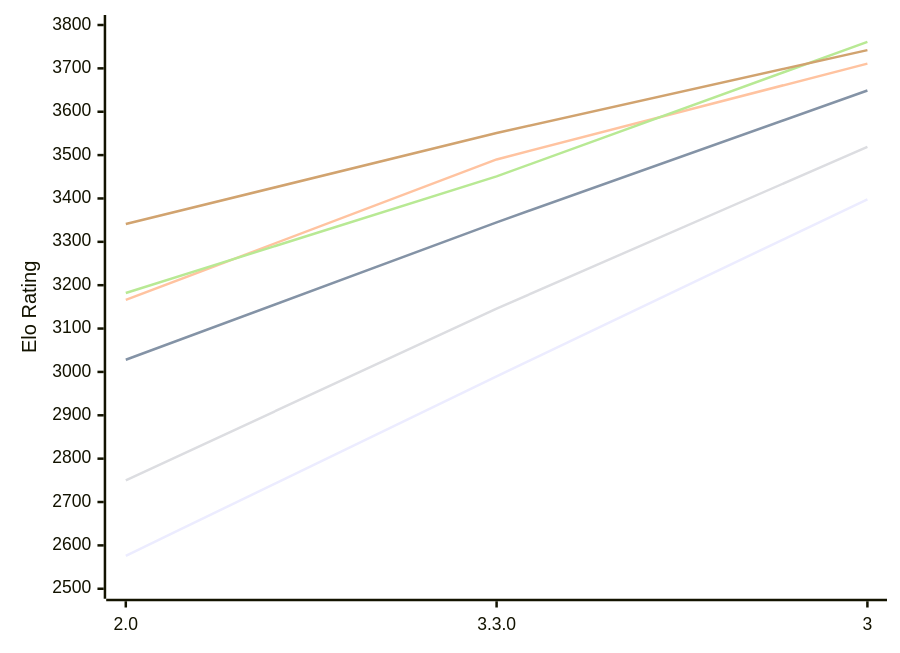
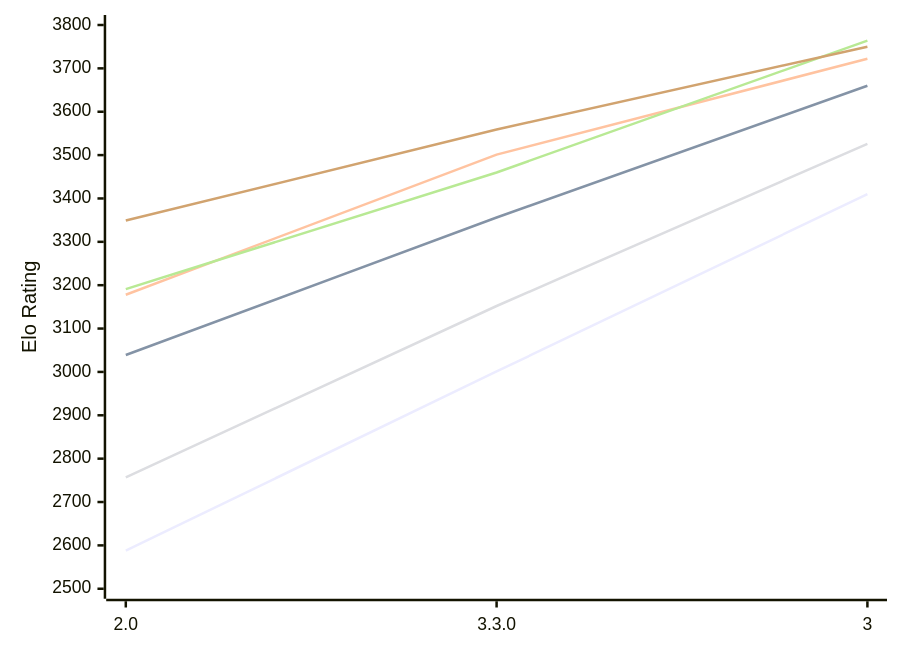
The diagram in engines/Ravager.md (computer-chess-index/cci), drawn with Mermaid before and after one commit. The commit also changed other lines of this file, not shown here.

Commit message:
Update CCI Ratings (ELO VLTC) - 2026-10-25

````diff
--- a/engines/Ravager.md
+++ b/engines/Ravager.md
@@ -51,12 +51,12 @@
 ```mermaid
 %%{init: {"theme":"base","themeVariables":{"seriesColors:['#a3a3a3','#222221','#faa371']}}}%%
 xychart-beta
   x-axis ["2.0", "3.3.0", "3"]
   y-axis "Elo Rating" 2500 --> 3800
-  line "E1: STC (8.0+0.08s)" [2576, 2990, 3398]
-  line "E1: LTC (60.0+0.60s)" [3028, 3345, 3649]
-  line "E1: VLTC (2m24s+1.12s)" [3166, 3490, 3711]
-  line "P1: STC (8.0+0.08s)" [2750, 3146, 3519]
-  line "P1: LTC (60.0+0.60s)" [3182, 3451, 3761]
-  line "P1: VLTC (2m24s+1.12s)" [3341, 3551, 3742]
+  line "E1: STC (8.0+0.08s)" [2588, 3001, 3410]
+  line "E1: LTC (60.0+0.60s)" [3039, 3356, 3660]
+  line "E1: VLTC (2m24s+1.12s)" [3178, 3501, 3722]
+  line "P1: STC (8.0+0.08s)" [2757, 3152, 3526]
+  line "P1: LTC (60.0+0.60s)" [3191, 3460, 3764]
+  line "P1: VLTC (2m24s+1.12s)" [3349, 3559, 3750]
 ```
````
